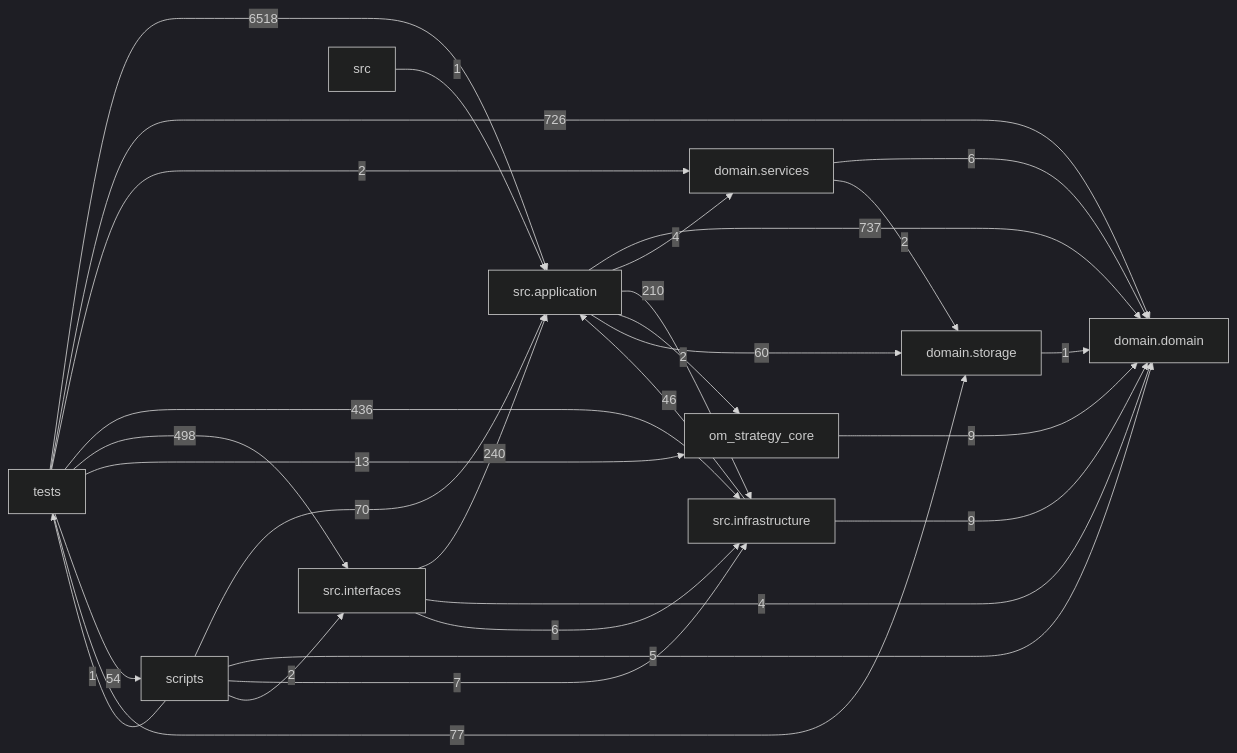
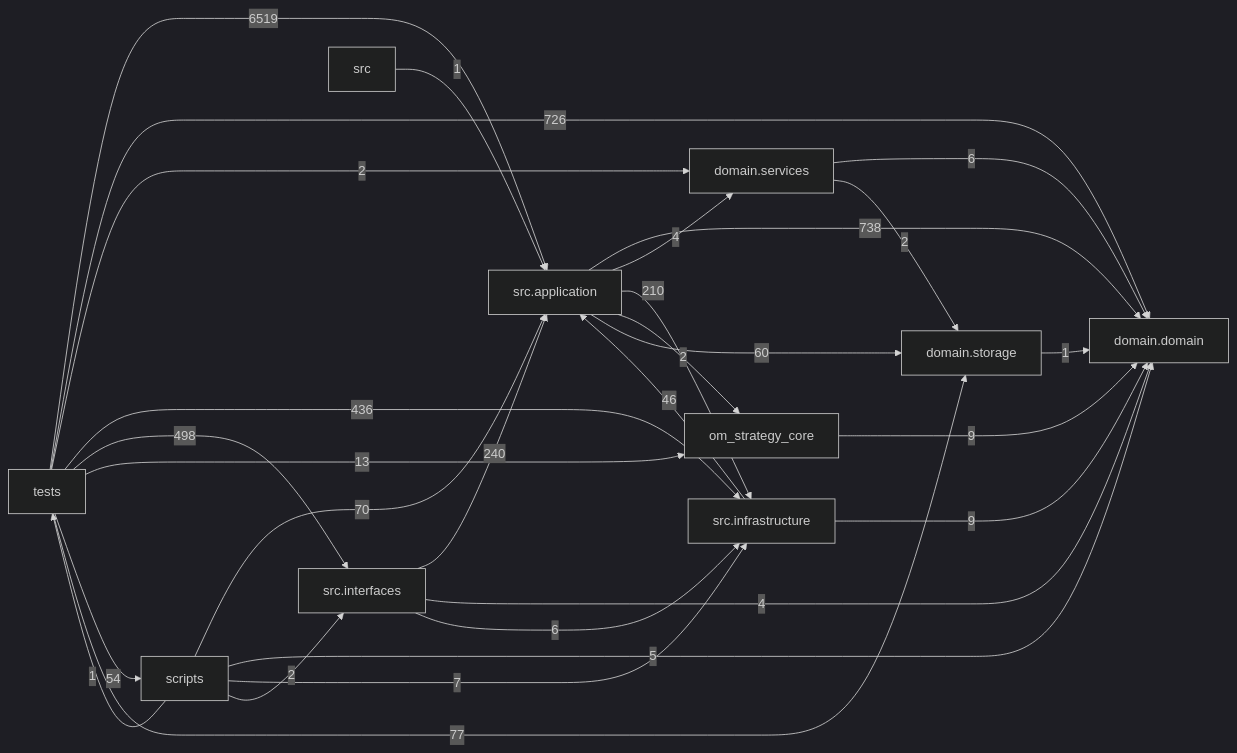
One commit to liuxie066/options-monitor changed the diagram in docs/DEPENDENCY_GRAPH.md. Above: the diagram before and after it, drawn with Mermaid (dark theme). The commit also changed other lines of this file and 3 other files, not shown here.

````diff
--- a/docs/DEPENDENCY_GRAPH.md
+++ b/docs/DEPENDENCY_GRAPH.md
@@ -24,39 +24,39 @@
 ```mermaid
 flowchart LR
   tests["tests"]
   scripts["scripts"]
   interfaces["src.interfaces"]
   application["src.application"]
   infrastructure["src.infrastructure"]
   domain_services["domain.services"]
   domain["domain.domain"]
   storage["domain.storage"]
-  application -->|737| domain
+  application -->|738| domain
   application -->|4| domain_services
   application -->|210| infrastructure
   application -->|2| om_strategy_core
   application -->|60| storage
   domain_services -->|6| domain
   domain_services -->|2| storage
   infrastructure -->|46| application
   infrastructure -->|9| domain
   interfaces -->|240| application
   interfaces -->|4| domain
   interfaces -->|6| infrastructure
   om_strategy_core -->|9| domain
   scripts -->|70| application
   scripts -->|5| domain
   scripts -->|7| infrastructure
   scripts -->|2| interfaces
   scripts -->|1| tests
   src -->|1| application
   storage -->|1| domain
-  tests -->|6518| application
+  tests -->|6519| application
   tests -->|726| domain
   tests -->|2| domain_services
   tests -->|436| infrastructure
   tests -->|498| interfaces
   tests -->|13| om_strategy_core
   tests -->|54| scripts
   tests -->|77| storage
 ```
````
